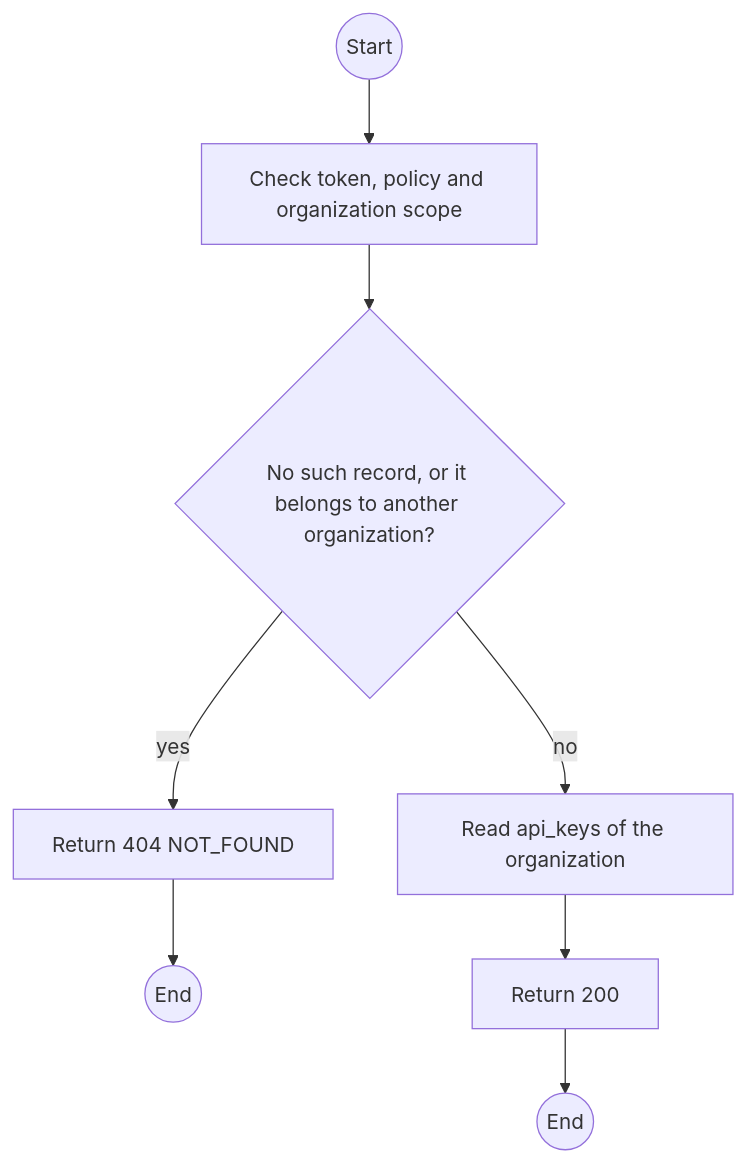
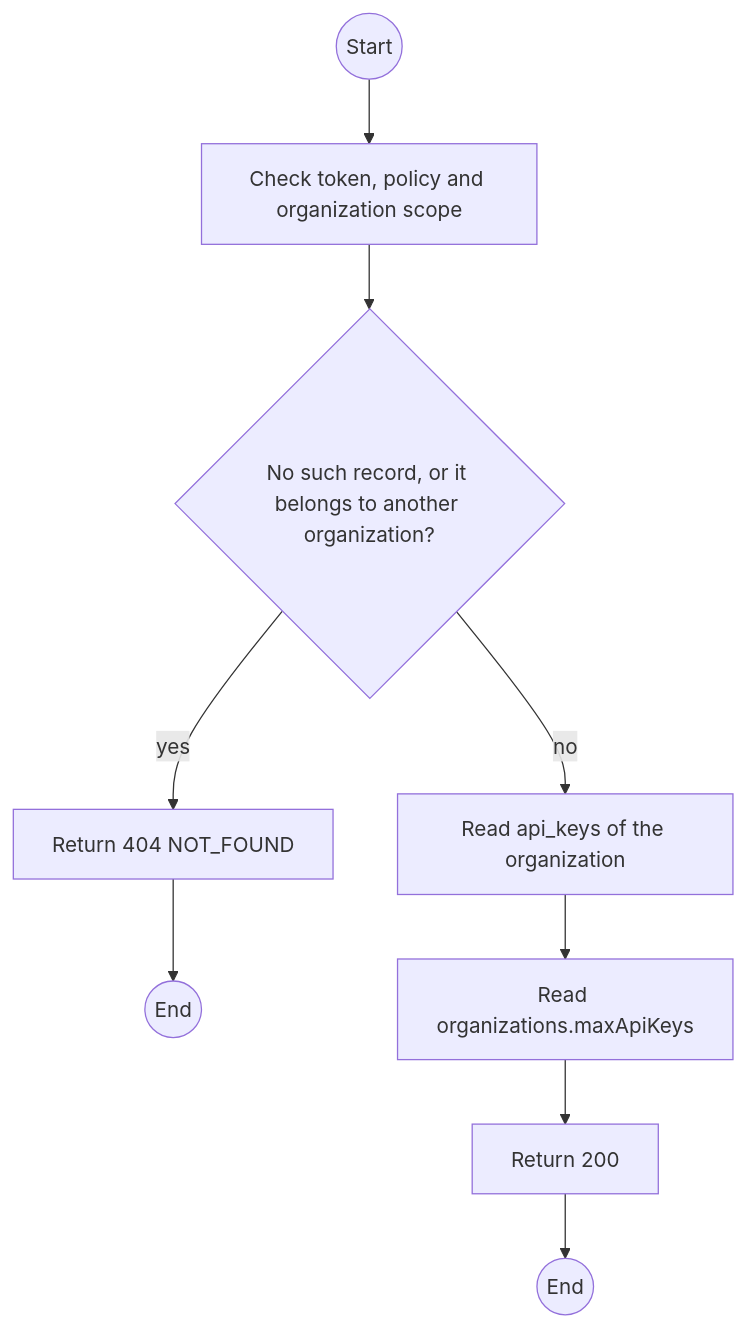
One commit to TrekLink-Team/treklink-web changed the first of 2 diagrams in specs/organizations/api-design/20-get-organizations-id-api-keys.md. Above: the diagram before and after it, drawn with Mermaid. The commit also changed other lines of this file and 12 other files, not shown here.

First line of the commit message:
docs: organizations rulings for screens 3.3 to 3.6 (compliance case read, action actor, key list, started shift, limits)

````diff
--- a/specs/organizations/api-design/20-get-organizations-id-api-keys.md
+++ b/specs/organizations/api-design/20-get-organizations-id-api-keys.md
@@ -113,16 +121,18 @@
 ```mermaid
 flowchart TB
     S((Start))
     A0["Check token, policy and organization scope"]
     S --> A0
     D1{"No such record, or it belongs to another organization?"}
     A0 --> D1
     E1["Return 404 NOT_FOUND"]
     D1 -->|yes| E1
     E1 --> X1((End))
     P0["Read api_keys of the organization"]
     D1 -->|no| P0
+    P1["Read organizations.maxApiKeys"]
+    P0 --> P1
     OK["Return 200"]
-    P0 --> OK
+    P1 --> OK
     OK --> Z((End))
 ```
````
